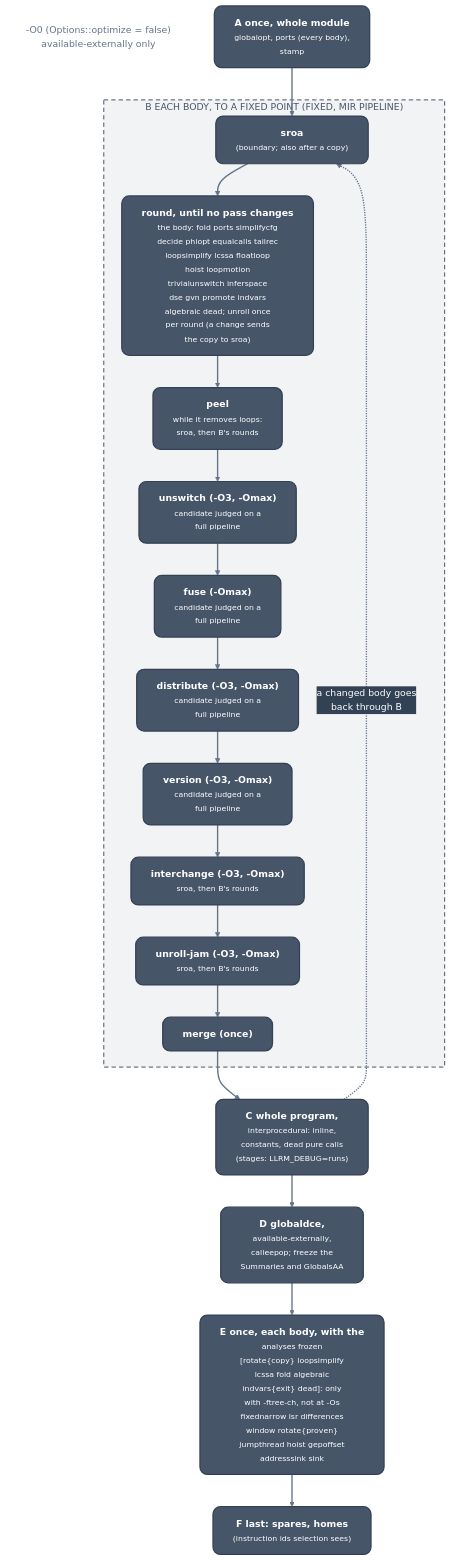
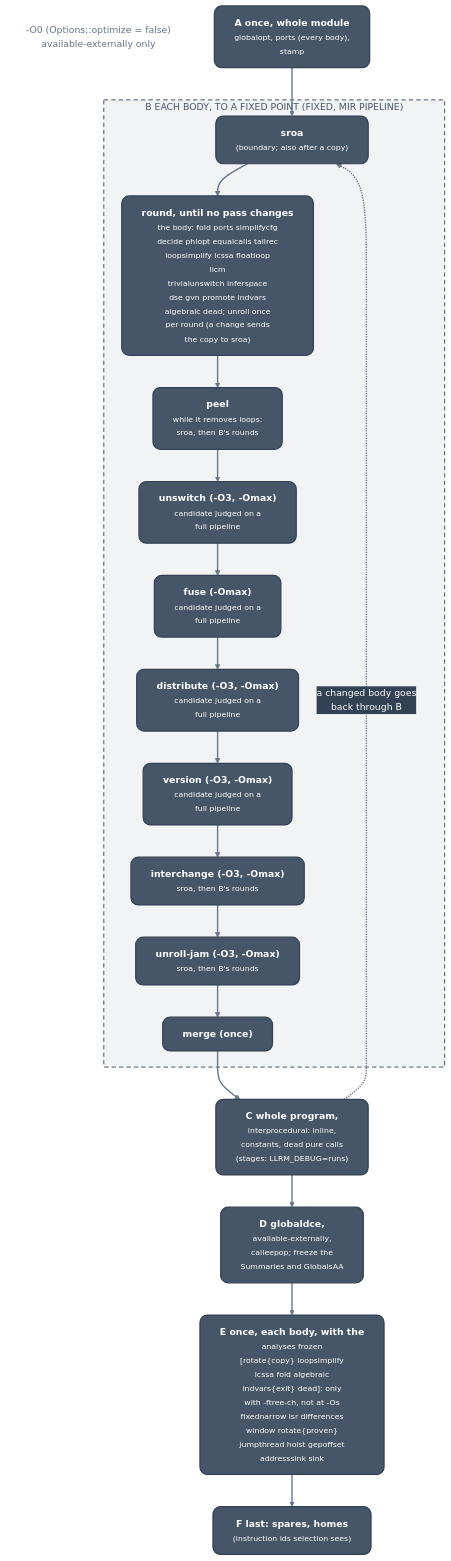
The diagram in docs/optimizations/passes/pipeline.md (ali-mosavian/llrm), drawn with Mermaid before and after one commit. The commit also changed other lines of this file and 24 other files, not shown here.

````diff
--- a/docs/optimizations/passes/pipeline.md
+++ b/docs/optimizations/passes/pipeline.md
@@ -22,41 +22,41 @@
 ```mermaid
 %%{init: {'theme':'base','themeVariables':{'fontFamily':'Segoe UI, Helvetica Neue, Arial, DejaVu Sans, sans-serif','fontSize':'15px','primaryColor':'#475569','primaryTextColor':'#ffffff','primaryBorderColor':'#334155','lineColor':'#64748b','secondaryColor':'#475569','tertiaryColor':'transparent','clusterBkg':'transparent','clusterBorder':'#64748b','edgeLabelBackground':'#334155','textColor':'#64748b','titleColor':'#64748b'},'flowchart':{'curve':'basis','nodeSpacing':38,'rankSpacing':52,'padding':16,'wrappingWidth':360,'htmlLabels':true,'useMaxWidth':true}}}%%
 flowchart TB
   classDef mid fill:#475569,stroke:#334155,stroke-width:2px,color:#ffffff,rx:12px,ry:12px
   classDef note fill:transparent,stroke:transparent,color:#64748b
   linkStyle default stroke:#64748b,stroke-width:2.2px
   o0["-O0 (Options::optimize = false)<br/>available-externally only"]:::note
   a["<b>A  once, whole module</b><br/><small>globalopt, ports (every body),<br/>stamp</small>"]:::mid
   subgraph g_b["B  EACH BODY, TO A FIXED POINT (FIXED, MIR PIPELINE)"]
     sroa["<b>sroa</b><br/><small>(boundary#59; also after a copy)</small>"]:::mid
-    rnd["<b>round, until no pass changes</b><br/><small>the body: fold ports simplifycfg<br/>decide phiopt equalcalls tailrec<br/>loopsimplify lcssa floatloop<br/>hoist loopmotion<br/>trivialunswitch inferspace<br/>dse gvn promote indvars<br/>algebraic dead#59; unroll once<br/>per round (a change sends<br/>the copy to sroa)</small>"]:::mid
+    rnd["<b>round, until no pass changes</b><br/><small>the body: fold ports simplifycfg<br/>decide phiopt equalcalls tailrec<br/>loopsimplify lcssa floatloop<br/>licm<br/>trivialunswitch inferspace<br/>dse gvn promote indvars<br/>algebraic dead#59; unroll once<br/>per round (a change sends<br/>the copy to sroa)</small>"]:::mid
     peel["<b>peel</b><br/><small>while it removes loops:<br/>sroa, then B's rounds</small>"]:::mid
     unsw["<b>unswitch (-O3, -Omax)</b><br/><small>candidate judged on a<br/>full pipeline</small>"]:::mid
     dist["<b>distribute (-O3, -Omax)</b><br/><small>candidate judged on a<br/>full pipeline</small>"]:::mid
     ver["<b>version (-O3, -Omax)</b><br/><small>candidate judged on a<br/>full pipeline</small>"]:::mid
     fuse["<b>fuse (-Omax)</b><br/><small>candidate judged on a<br/>full pipeline</small>"]:::mid
     swap["<b>interchange (-O3, -Omax)</b><br/><small>sroa, then B's rounds</small>"]:::mid
     jam["<b>unroll-jam (-O3, -Omax)</b><br/><small>sroa, then B's rounds</small>"]:::mid
     mrg["<b>merge (once)</b>"]:::mid
   end
   c["<b>C  whole program,</b><br/><small>interprocedural: inline,<br/>constants, dead pure calls<br/>(stages: LLRM_DEBUG=runs)</small>"]:::mid
   d["<b>D  globaldce,</b><br/><small>available-externally,<br/>calleepop#59; freeze the<br/>Summaries and GlobalsAA</small>"]:::mid
   e["<b>E  once, each body, with the</b><br/><small>analyses frozen<br/>[rotate#123;copy#125; loopsimplify<br/>lcssa fold algebraic<br/>indvars#123;exit#125; dead]: only<br/>with -ftree-ch, not at -Os<br/>fixednarrow lsr differences<br/>window rotate#123;proven#125;<br/>jumpthread hoist gepoffset<br/>addresssink sink</small>"]:::mid
   f["<b>F  last: spares, homes</b><br/><small>(instruction ids selection sees)</small>"]:::mid
   a --> sroa
   sroa --> rnd
   rnd --> peel
   peel --> unsw
   unsw --> fuse
   fuse --> dist
   dist --> ver
   ver --> swap
   swap --> jam
   jam --> mrg
   mrg --> c
   c -.->|"a changed body goes<br/>back through B"| sroa
   c --> d
   d --> e
   e --> f
   style g_b fill:#47556912,stroke:#475569,stroke-width:1.6px,stroke-dasharray:7 5,color:#475569
 ```
````
